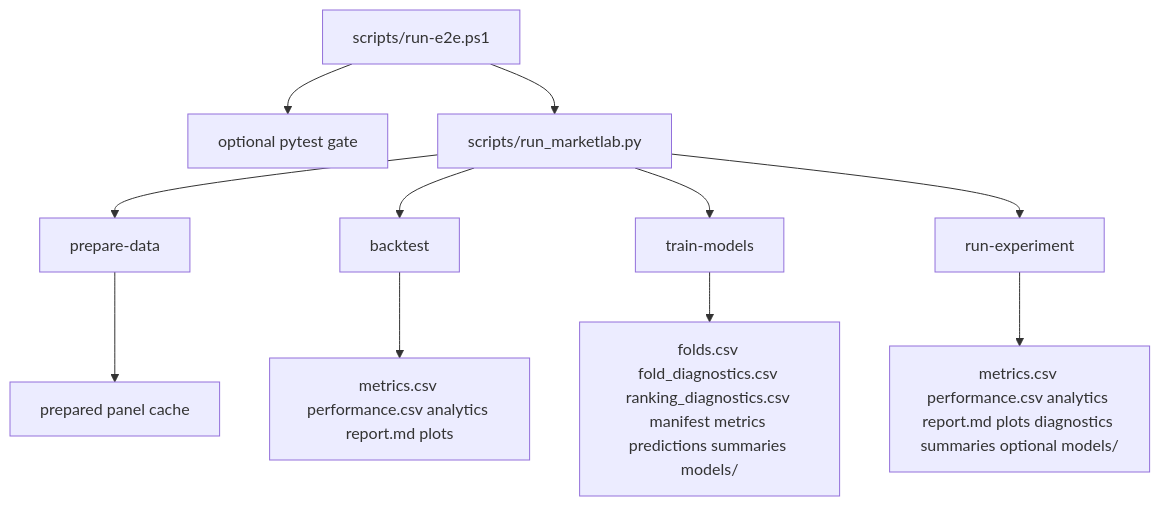
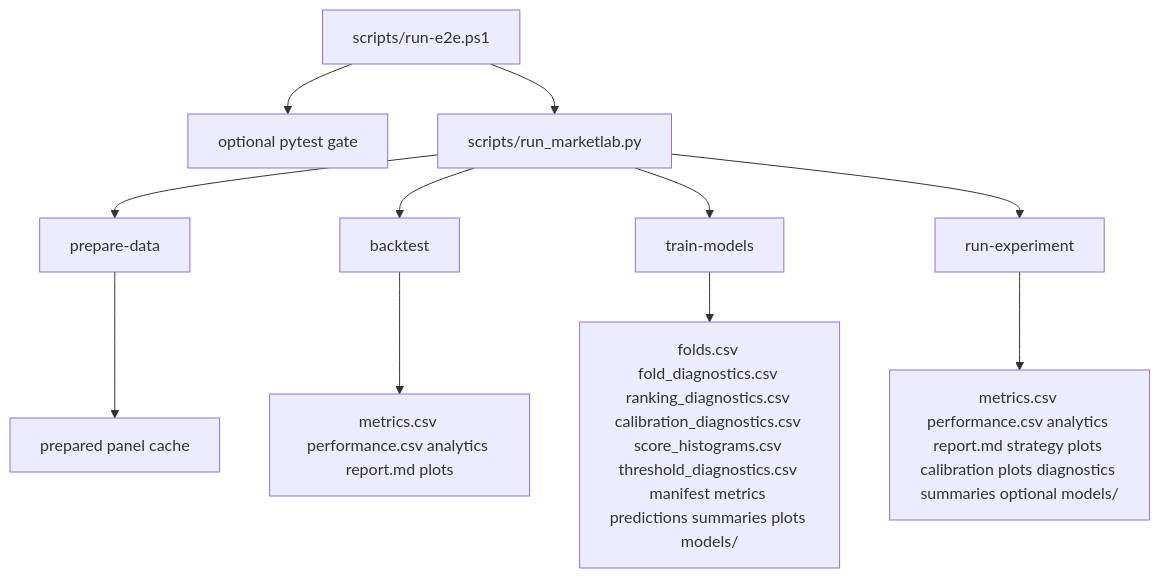
Before and after one commit to ricardogr07/market-lab: the first of 6 diagrams in ARCHITECTURE.md, drawn with Mermaid. The commit also changed other lines of this file and 13 other files, not shown here.

First line of the commit message:
phase-4-calibration-threshold-diagnostics

````diff
--- a/ARCHITECTURE.md
+++ b/ARCHITECTURE.md
@@ -68,14 +69,14 @@
 ```mermaid
 flowchart TD
     Runner[scripts/run-e2e.ps1] --> Pytest[optional pytest gate]
     Runner --> Launcher[scripts/run_marketlab.py]
     Launcher --> Prepare[prepare-data]
     Launcher --> Backtest[backtest]
     Launcher --> Train[train-models]
     Launcher --> Experiment[run-experiment]
 
     Prepare --> Panel[prepared panel cache]
     Backtest --> BaselineArtifacts[metrics.csv performance.csv analytics report.md plots]
-    Train --> TrainingArtifacts[folds.csv fold_diagnostics.csv ranking_diagnostics.csv manifest metrics predictions summaries models/]
-    Experiment --> ExperimentArtifacts[metrics.csv performance.csv analytics report.md plots diagnostics summaries optional models/]
+    Train --> TrainingArtifacts[folds.csv fold_diagnostics.csv ranking_diagnostics.csv calibration_diagnostics.csv score_histograms.csv threshold_diagnostics.csv manifest metrics predictions summaries plots models/]
+    Experiment --> ExperimentArtifacts[metrics.csv performance.csv analytics report.md strategy plots calibration plots diagnostics summaries optional models/]
 ```
````
